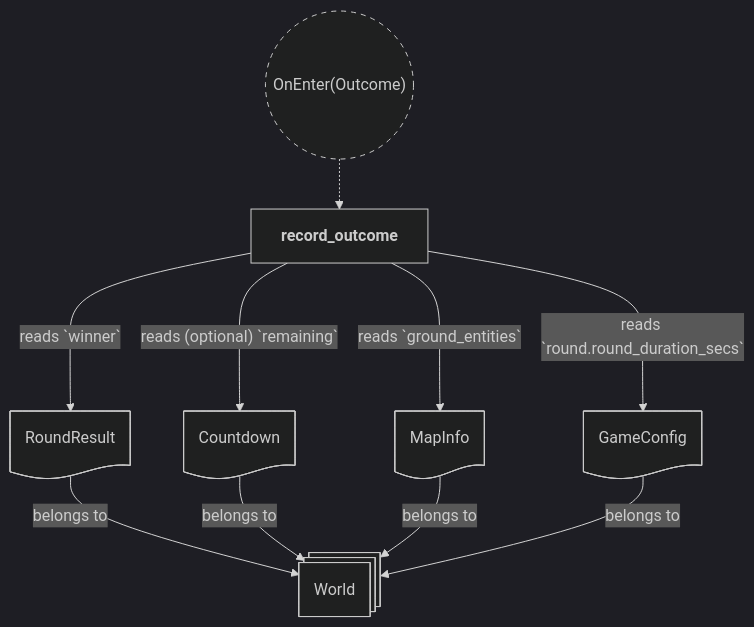
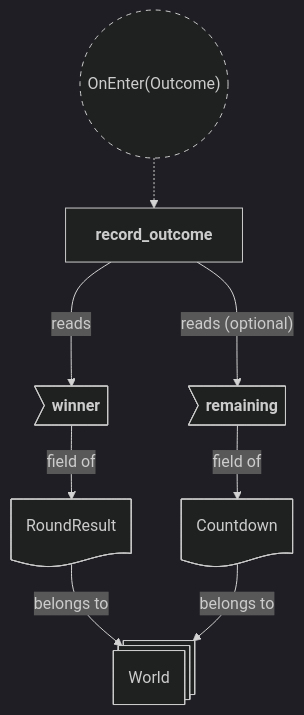
Before and after one commit to neurosoup/tyled: the eighth of 9 diagrams in backlog/docs/doc-21 - 019-Telemetry-plugin.md, drawn with Mermaid. The commit also changed other lines of this file, not shown here.

````diff
--- a/backlog/docs/doc-21 - 019-Telemetry-plugin.md
+++ b/backlog/docs/doc-21 - 019-Telemetry-plugin.md
@@ -308,29 +322,29 @@
 ```mermaid
 ---
 config:
   theme: dark
 ---
 
 flowchart TD
 classDef system-group stroke-dasharray: 5 5
 
-outcome(("`OnEnter(Outcome)`")):::system-group
+enter_outcome(("`OnEnter(Outcome)`")):::system-group
 record_outcome["`**record_outcome**`"]
 
-outcome -.-> record_outcome
+enter_outcome -.-> record_outcome
 
 world@{ shape: st-rect, label: "World" }
 result_res@{ shape: doc, label: "RoundResult" }
 countdown_res@{ shape: doc, label: "Countdown" }
-map_info_res@{ shape: doc, label: "MapInfo" }
-config_res@{ shape: doc, label: "GameConfig" }
+
+rr_winner>"`**winner**`"]
+cd_remaining>"`**remaining**`"]
+
 result_res --> |belongs to| world
 countdown_res --> |belongs to| world
-map_info_res --> |belongs to| world
-config_res --> |belongs to| world
+rr_winner --> |field of| result_res
+cd_remaining --> |field of| countdown_res
 
-record_outcome ---> |reads `winner`| result_res
-record_outcome ---> |"reads (optional) `remaining`"| countdown_res
-record_outcome ---> |reads `ground_entities`| map_info_res
-record_outcome ---> |reads `round.round_duration_secs`| config_res
+record_outcome ---> |reads| rr_winner
+record_outcome ---> |"reads (optional)"| cd_remaining
 ```
````
